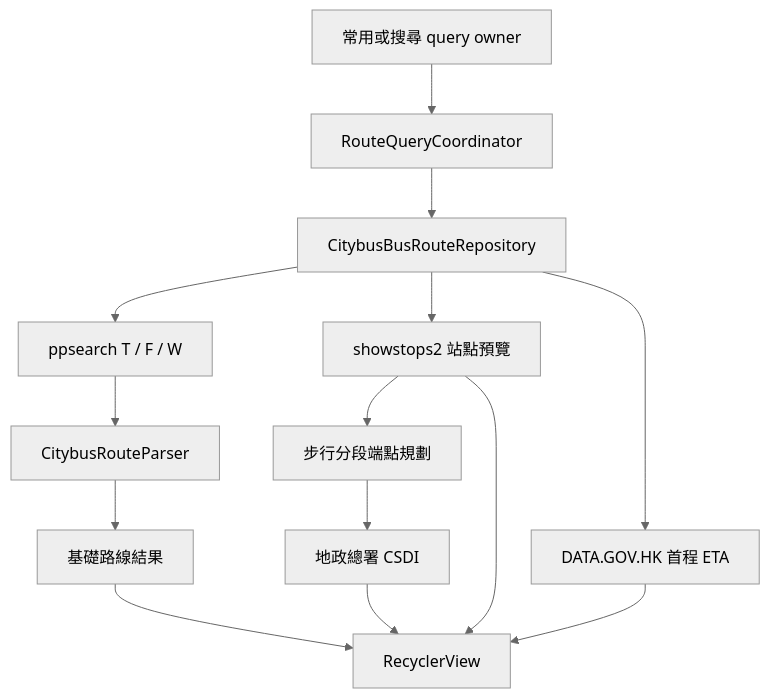
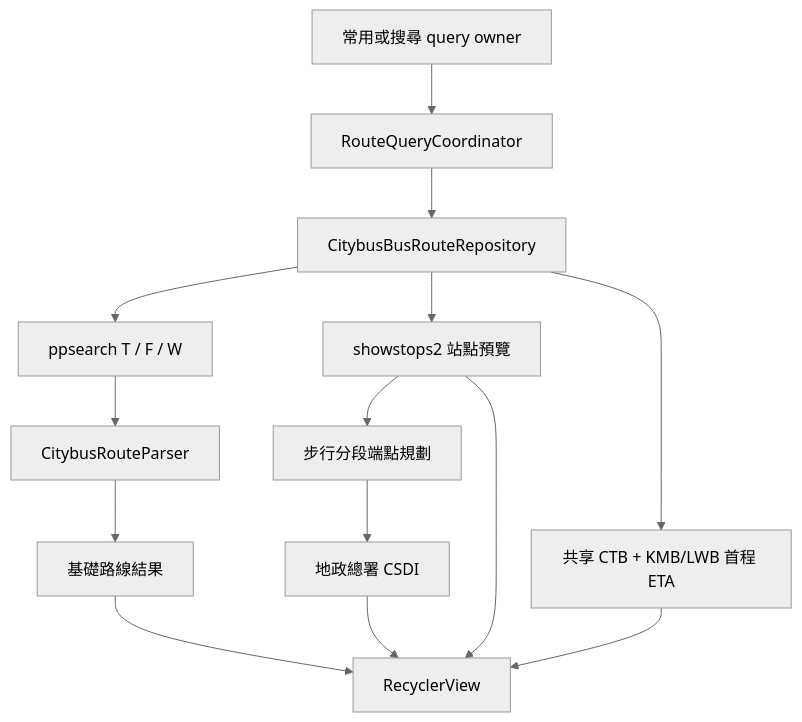
One commit to TianLanhe/BusIsComing changed the first of 3 diagrams in docs/architecture.md. Above: the diagram before and after it, drawn with Mermaid (neutral theme). The commit also changed other lines of this file and 74 other files, not shown here.

````diff
--- a/docs/architecture.md
+++ b/docs/architecture.md
@@ -40,16 +40,16 @@
 ```mermaid
 flowchart TD
     Owner["常用或搜尋 query owner"] --> Coordinator["RouteQueryCoordinator"]
     Coordinator --> Repo["CitybusBusRouteRepository"]
     Repo --> P2P["ppsearch T / F / W"]
     P2P --> Parser["CitybusRouteParser"]
     Parser --> Initial["基礎路線結果"]
     Initial --> UI["RecyclerView"]
     Repo --> StopMap["showstops2 站點預覽"]
-    Repo --> ETA["DATA.GOV.HK 首程 ETA"]
+    Repo --> ETA["共享 CTB + KMB/LWB 首程 ETA"]
     StopMap --> Planner["步行分段端點規劃"]
     Planner --> CSDI["地政總署 CSDI"]
     StopMap --> UI
     ETA --> UI
     CSDI --> UI
 ```
````
